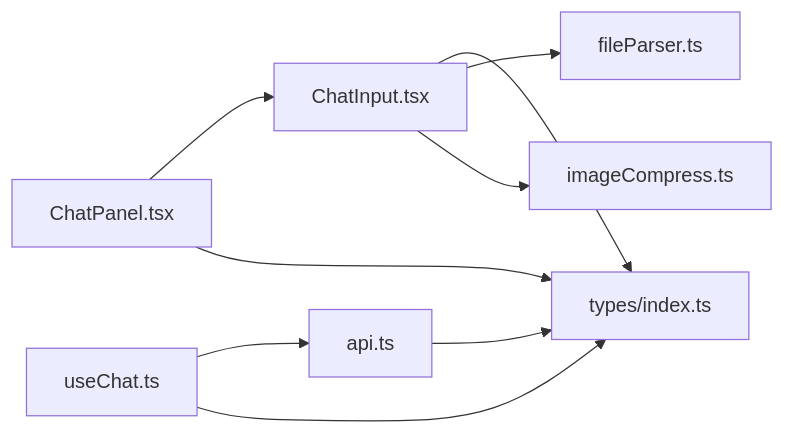
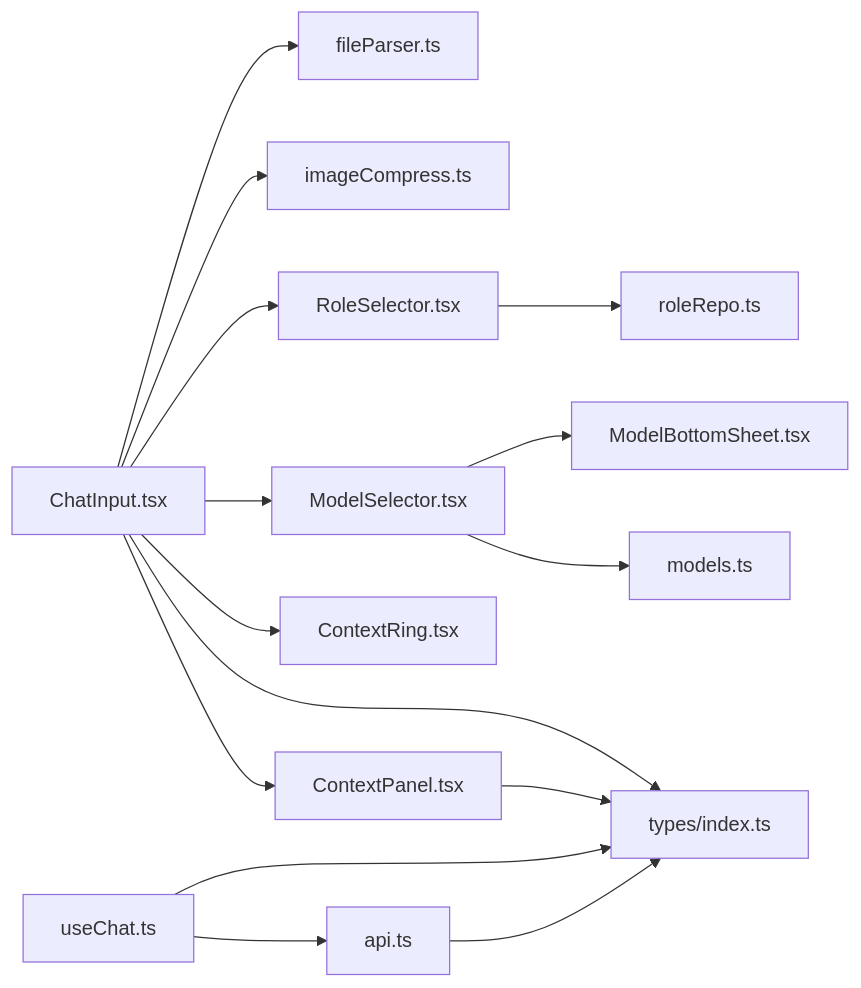
The fifth of 5 diagrams in .qoder/repowiki/zh/content/聊天模块/聊天输入组件.md (billye220670/AIShop), drawn with Mermaid before and after one commit. The commit also changed other lines of this file and 99 other files, not shown here.

````diff
--- a/.qoder/repowiki/zh/content/聊天模块/聊天输入组件.md
+++ b/.qoder/repowiki/zh/content/聊天模块/聊天输入组件.md
@@ -293,11 +452,17 @@
 ```mermaid
 graph LR
 CI["ChatInput.tsx"] --> T["types/index.ts"]
 CI --> FP["fileParser.ts"]
 CI --> IC["imageCompress.ts"]
-CP["ChatPanel.tsx"] --> CI
+CI --> MS["ModelSelector.tsx"]
+CI --> RS["RoleSelector.tsx"]
+CI --> CR["ContextRing.tsx"]
+CI --> CP["ContextPanel.tsx"]
+MS --> MC["models.ts"]
+MS --> MBS["ModelBottomSheet.tsx"]
+RS --> RR["roleRepo.ts"]
 CP --> T
 UC["useChat.ts"] --> API["api.ts"]
 UC --> T
 API --> T
 ```
````
